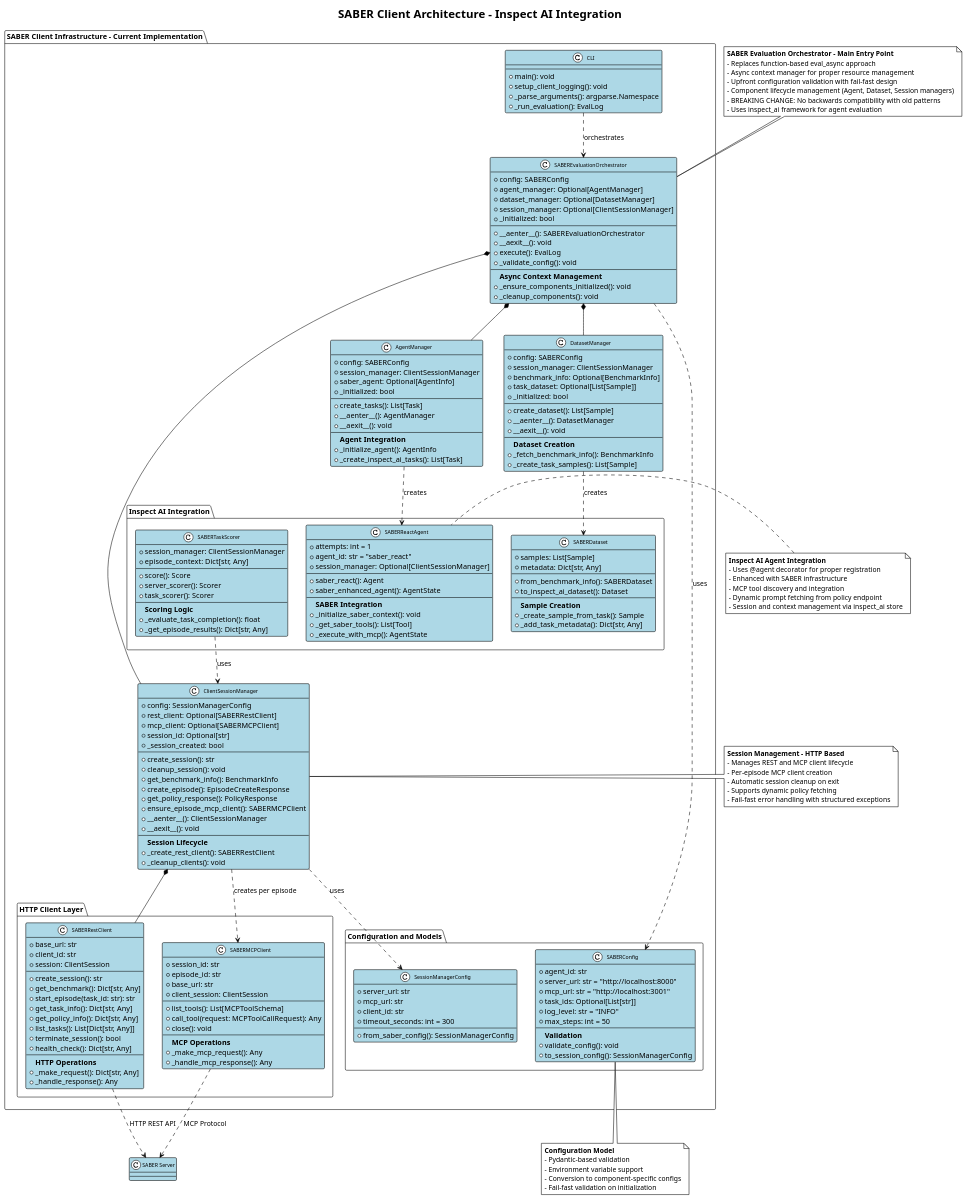
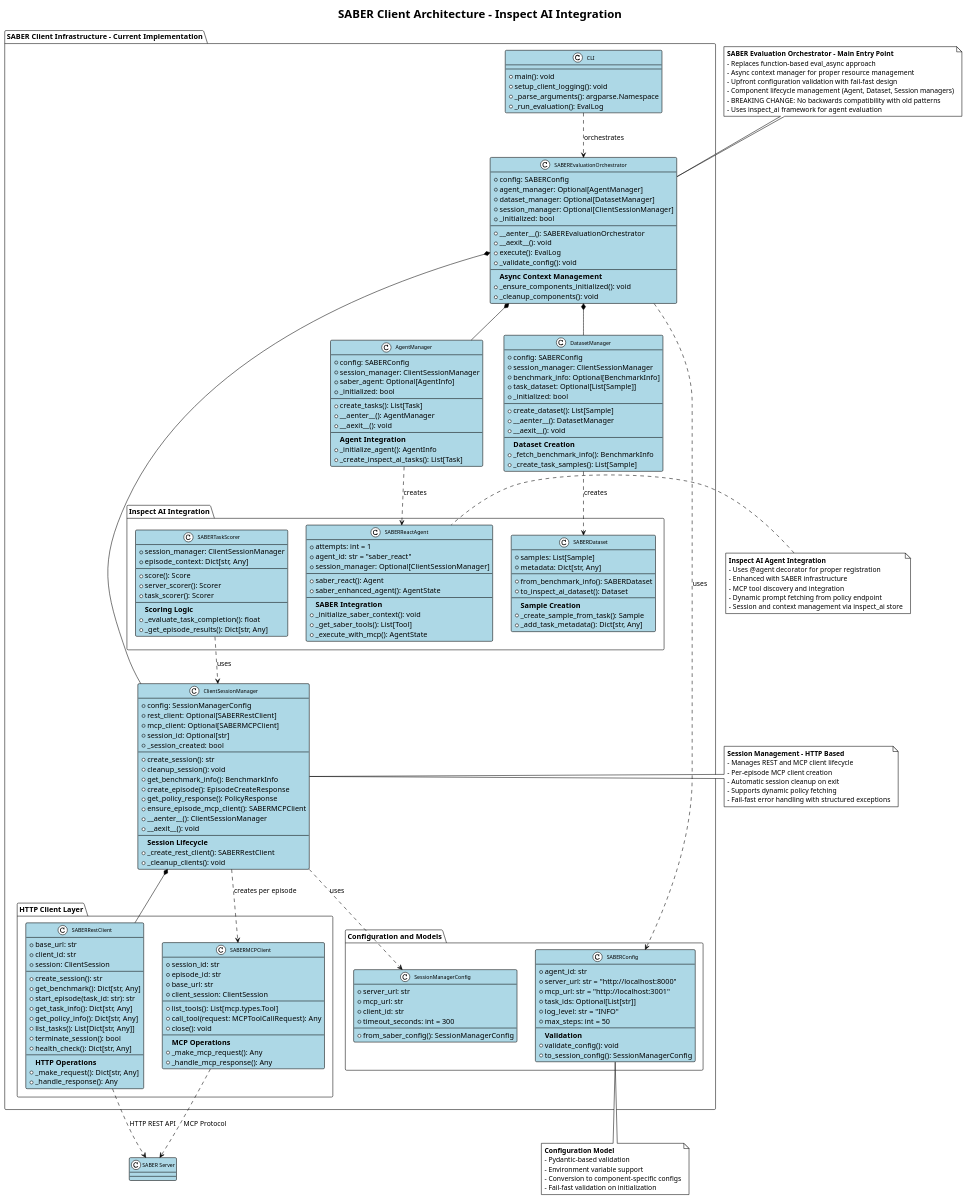
One commit to microsoft/ACES changed the diagram in docs/client/client_architecture.puml. Above: the diagram before and after it, drawn with PlantUML. The commit also changed 23 other files, not shown here.

```diff
--- a/docs/client/client_architecture.puml
+++ b/docs/client/client_architecture.puml
@@ -113,7 +113,7 @@
             +base_url: str
             +client_session: ClientSession
             --
-            +list_tools(): List[MCPToolSchema]
+            +list_tools(): List[mcp.types.Tool]
             +call_tool(request: MCPToolCallRequest): Any
             +close(): void
             --
```
